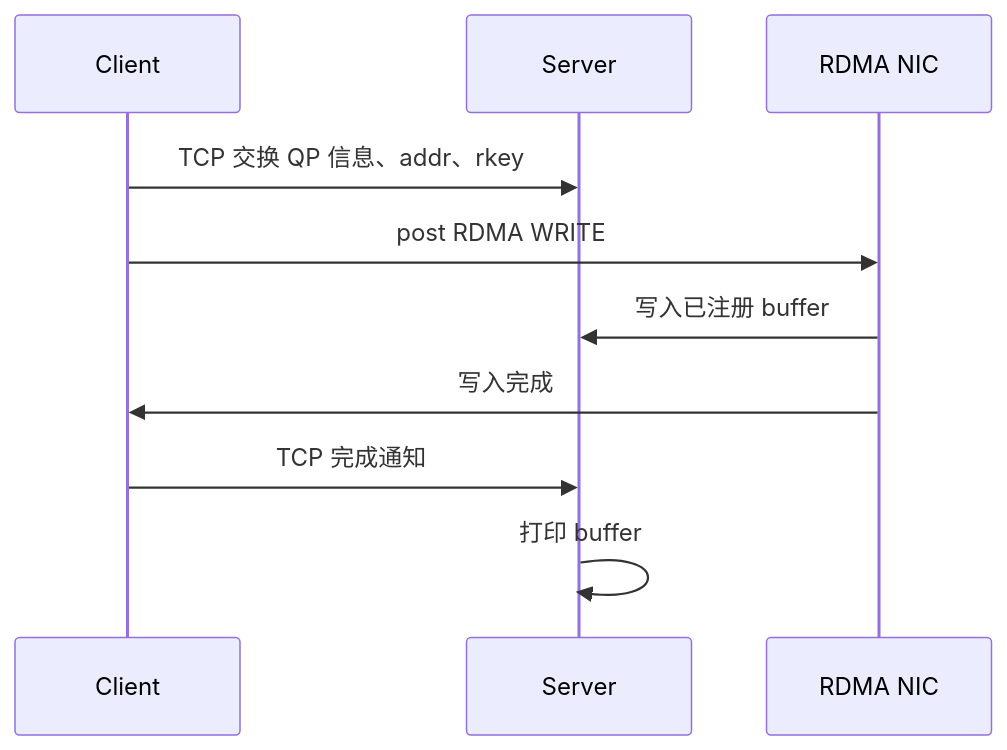
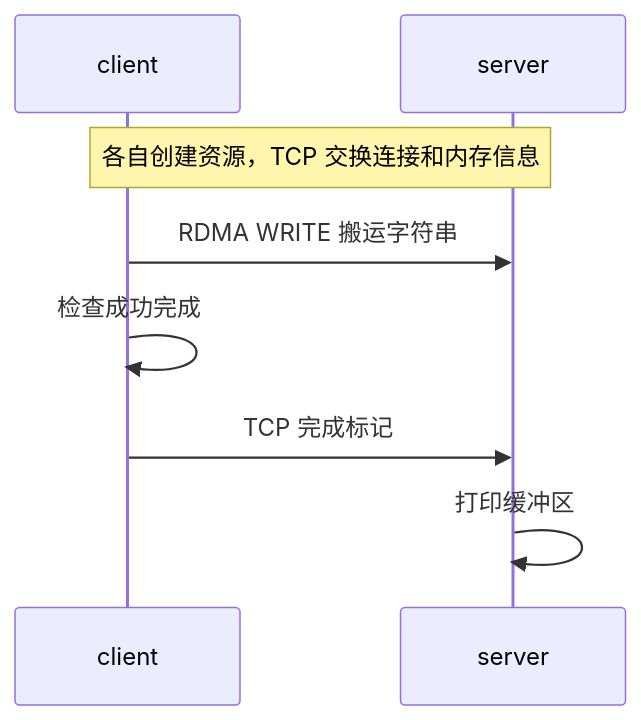
One commit to alogfans/RDMA101 changed the diagram in docs/01-introduction/02-environment-and-first-program.md. Above: the diagram before and after it, drawn with Mermaid. The commit also changed other lines of this file and 59 other files, not shown here.

````diff
--- a/docs/01-introduction/02-environment-and-first-program.md
+++ b/docs/01-introduction/02-environment-and-first-program.md
@@ -161,13 +106,10 @@
 ```mermaid
 sequenceDiagram
-    participant Client
-    participant Server
-    participant NIC as RDMA NIC
-
-    Client->>Server: TCP 交换 QP 信息、addr、rkey
-    Client->>NIC: post RDMA WRITE
-    NIC->>Server: 写入已注册 buffer
-    NIC->>Client: 写入完成
-    Client->>Server: TCP 完成通知
-    Server->>Server: 打印 buffer
+    participant C as client
+    participant S as server
+    Note over C,S: 各自创建资源，TCP 交换连接和内存信息
+    C->>S: RDMA WRITE 搬运字符串
+    C->>C: 检查成功完成
+    C->>S: TCP 完成标记
+    S->>S: 打印缓冲区
 ```
````
